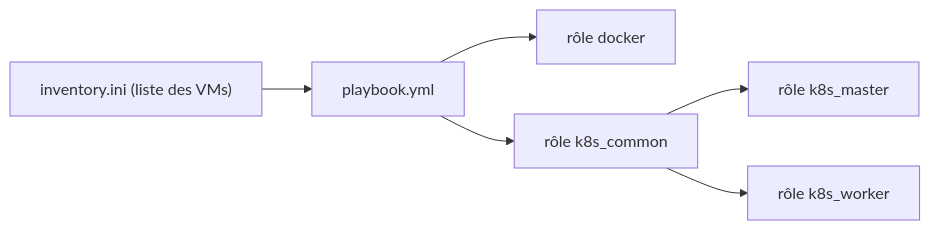
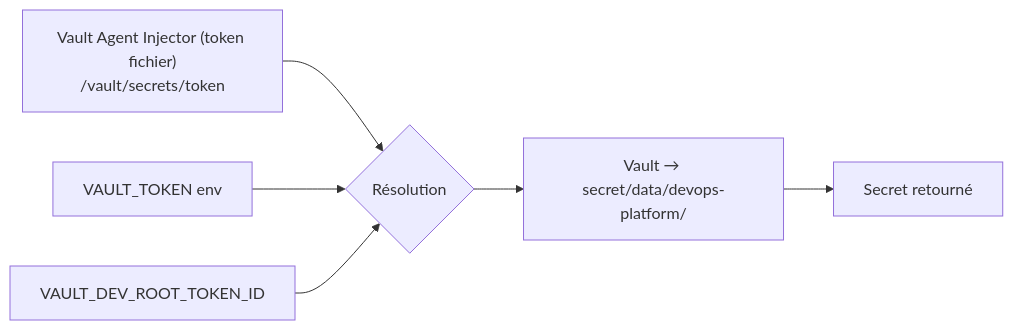
Before and after one commit to abdelkaderbenhmida/stage: the third of 8 diagrams in docs/comprendre-le-projet.md, drawn with Mermaid. The commit also changed other lines of this file and 8 other files, not shown here.

````diff
--- a/docs/comprendre-le-projet.md
+++ b/docs/comprendre-le-projet.md
@@ -101,8 +316,8 @@
 ```mermaid
 flowchart LR
-    Inv["inventory.ini (liste des VMs)"] --> PB["playbook.yml"]
-    PB --> R1["rôle docker"]
-    PB --> R2["rôle k8s_common"]
-    R2 --> R3["rôle k8s_master"]
-    R2 --> R4["rôle k8s_worker"]
+    A["Vault Agent Injector (token fichier)\n/vault/secrets/token"] --> V{"Résolution"}
+    A2["VAULT_TOKEN env"] --> V
+    A3["VAULT_DEV_ROOT_TOKEN_ID"] --> V
+    V --> R["Vault → secret/data/devops-platform/<svc>"]
+    R --> S["Secret retourné"]
 ```
````
